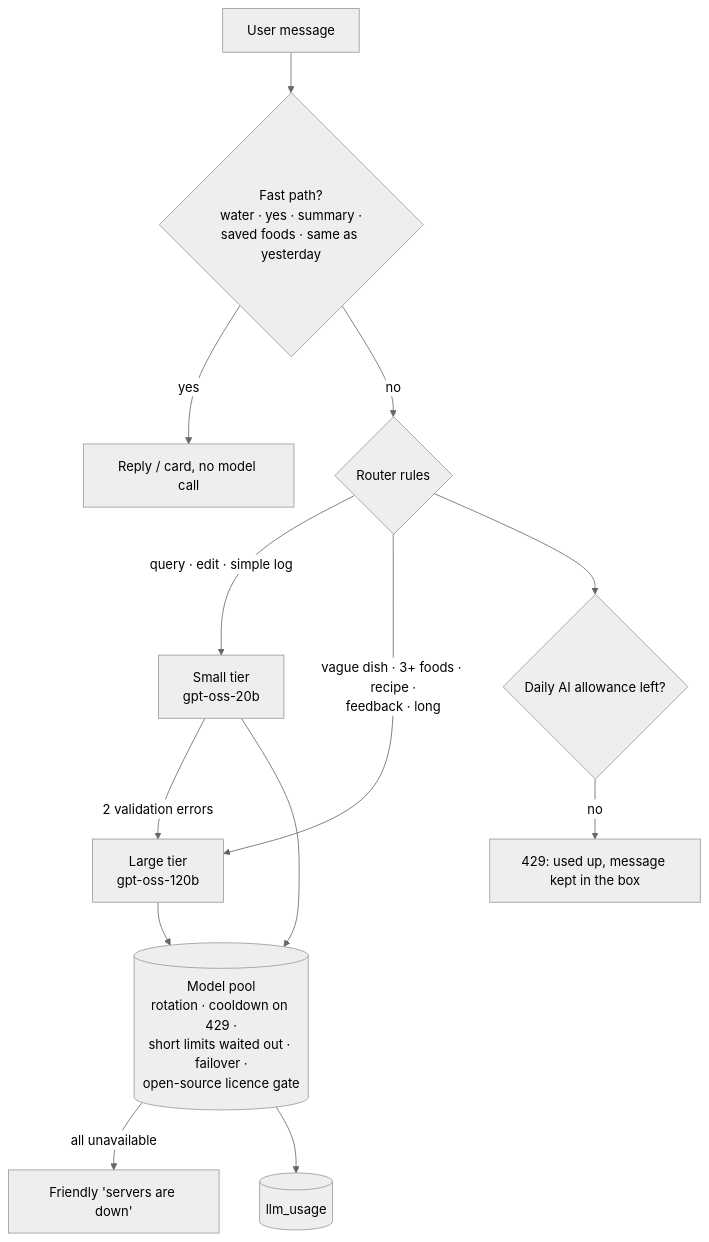
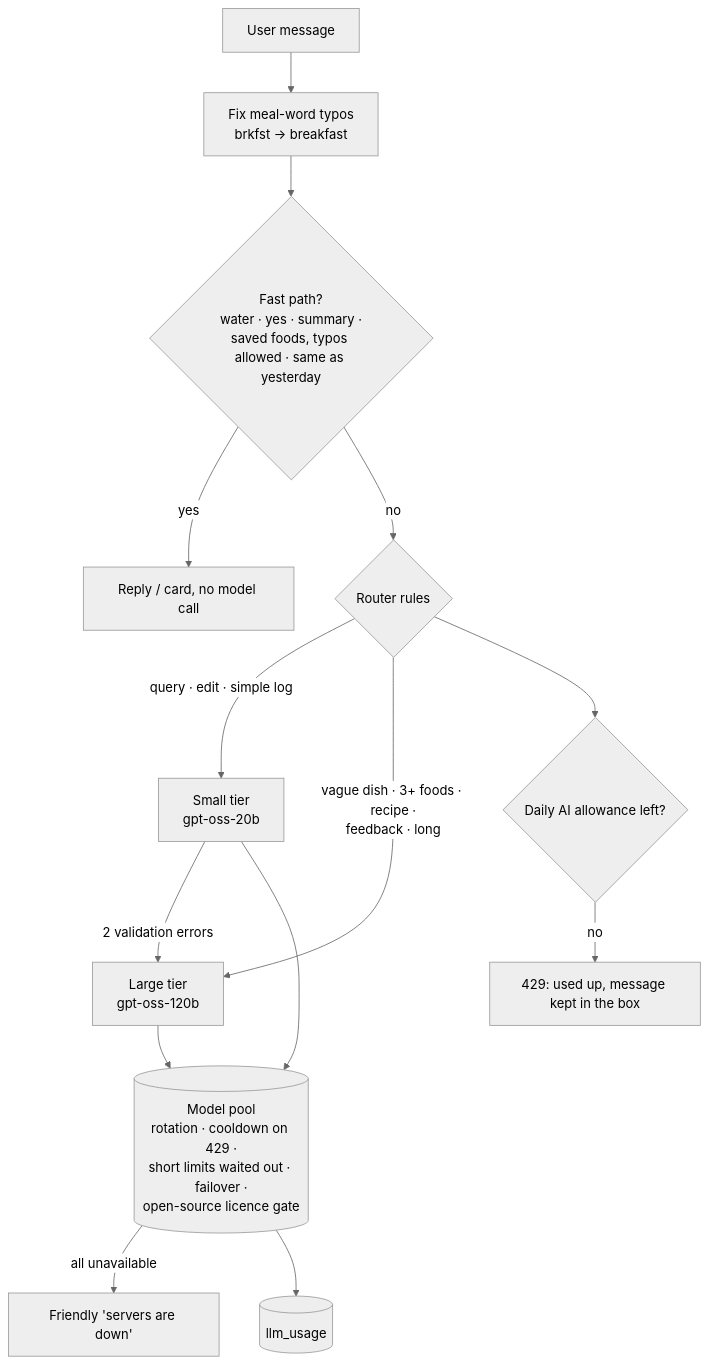
One commit to NeoAnushka21/tracker_poc changed the fifth of 9 diagrams in docs/hld.md. Above: the diagram before and after it, drawn with Mermaid (neutral theme). The commit also changed other lines of this file and 11 other files, not shown here.

````diff
--- a/docs/hld.md
+++ b/docs/hld.md
@@ -121,14 +121,14 @@
 ```mermaid
 flowchart TD
-    M[User message] --> F{Fast path?<br/>water · yes · summary ·<br/>saved foods · same as yesterday}
+    M[User message] --> T[Fix meal-word typos<br/>brkfst → breakfast] --> F{Fast path?<br/>water · yes · summary ·<br/>saved foods, typos allowed · same as yesterday}
     F -->|yes| C[Reply / card, no model call]
     F -->|no| R{Router rules}
     R -->|query · edit · simple log| S[Small tier<br/>gpt-oss-20b]
     R -->|vague dish · 3+ foods · recipe ·<br/>feedback · long| L[Large tier<br/>gpt-oss-120b]
     S -->|2 validation errors| L
     R --> AL{Daily AI allowance left?}
     AL -->|no| X[429: used up, message kept in the box]
     S & L --> P[(Model pool<br/>rotation · cooldown on 429 ·<br/>short limits waited out · failover ·<br/>open-source licence gate)]
     P -->|all unavailable| E[Friendly 'servers are down']
     P --> U[(llm_usage)]
 ```
````
